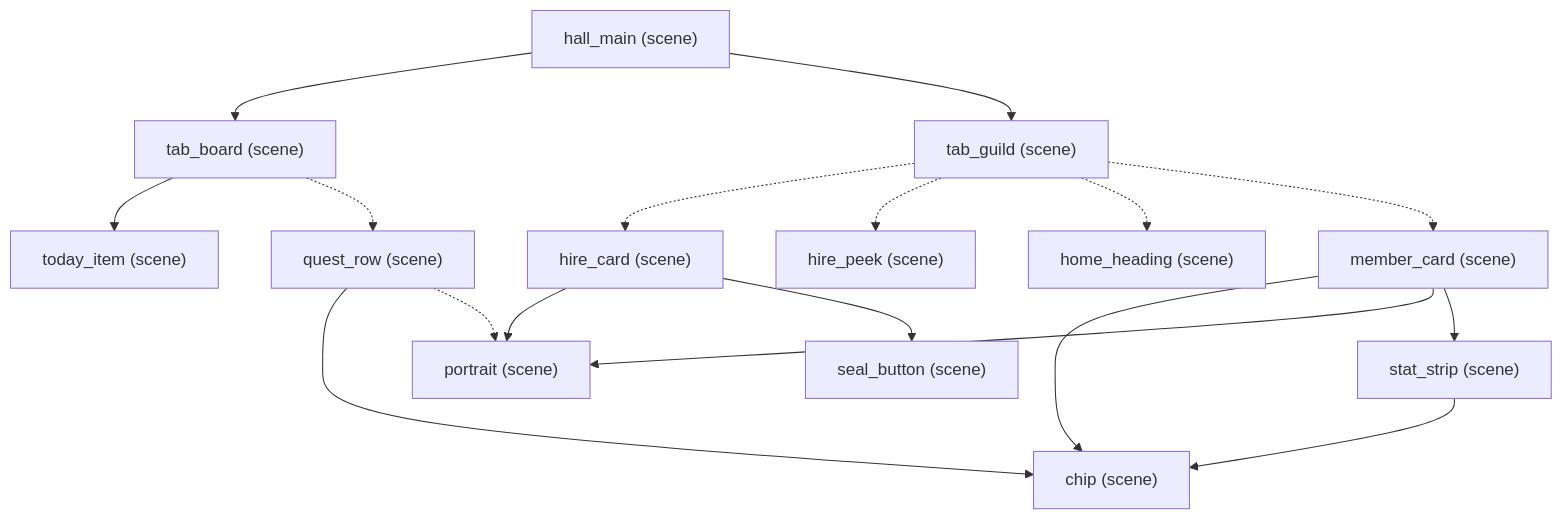
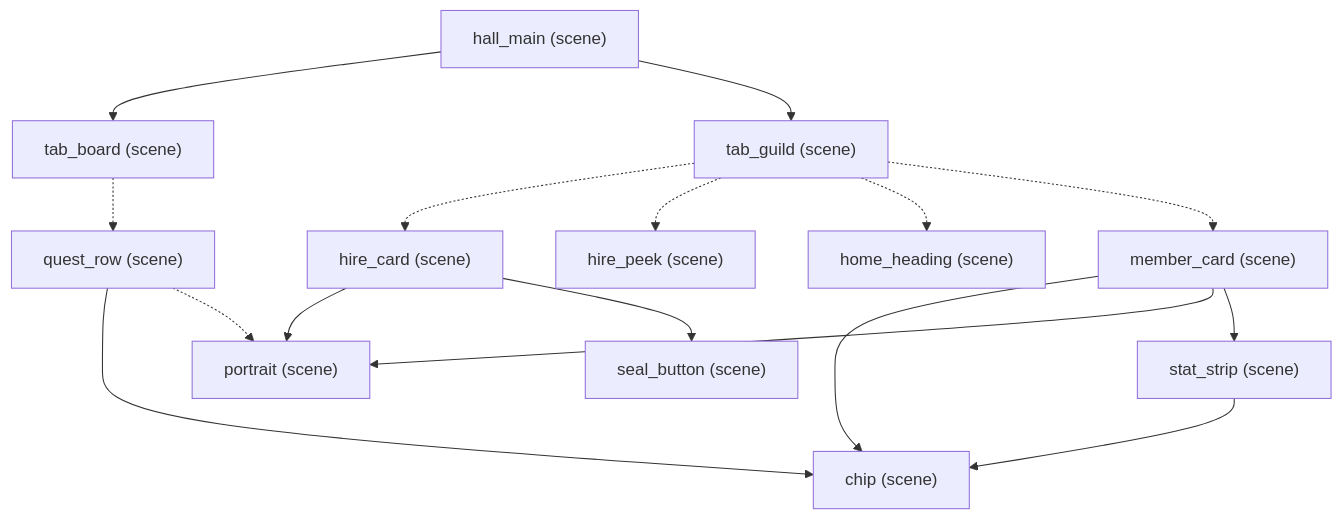
One commit to ActuallySanta/Fantasy-Guild-Manager changed the third of 8 diagrams in Docs/vault/Home.md. Above: the diagram before and after it, drawn with Mermaid. The commit also changed other lines of this file and 13 other files, not shown here.

````diff
--- a/Docs/vault/Home.md
+++ b/Docs/vault/Home.md
@@ -96,32 +96,30 @@
 ```mermaid
 flowchart TD
   chip["chip (scene)"]
   hall_main["hall_main (scene)"]
   hire_card["hire_card (scene)"]
   hire_peek["hire_peek (scene)"]
   home_heading["home_heading (scene)"]
   member_card["member_card (scene)"]
   portrait["portrait (scene)"]
   quest_row["quest_row (scene)"]
   seal_button["seal_button (scene)"]
   stat_strip["stat_strip (scene)"]
   tab_board["tab_board (scene)"]
   tab_guild["tab_guild (scene)"]
-  today_item["today_item (scene)"]
   hall_main --> tab_board
   hall_main --> tab_guild
-  tab_board --> today_item
   tab_board -.-> quest_row
   quest_row --> chip
   quest_row -.-> portrait
   tab_guild -.-> hire_card
   hire_card --> portrait
   hire_card --> seal_button
   tab_guild -.-> hire_peek
   tab_guild -.-> home_heading
   tab_guild -.-> member_card
   member_card --> chip
   member_card --> portrait
   member_card --> stat_strip
   stat_strip --> chip
 ```
````
